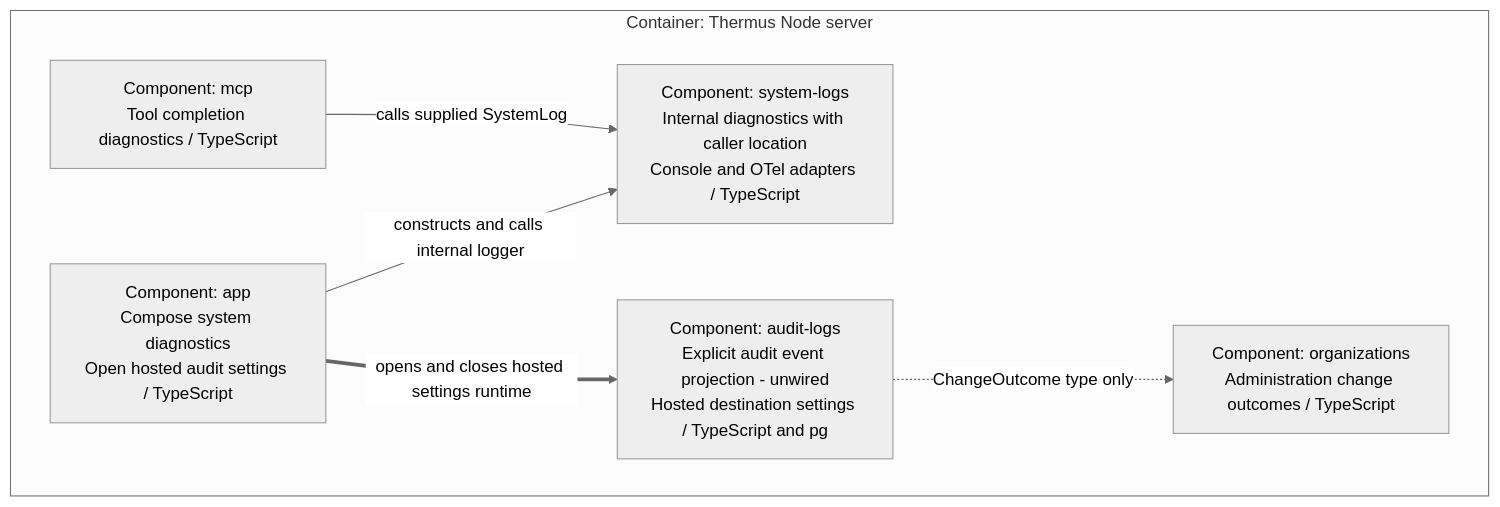
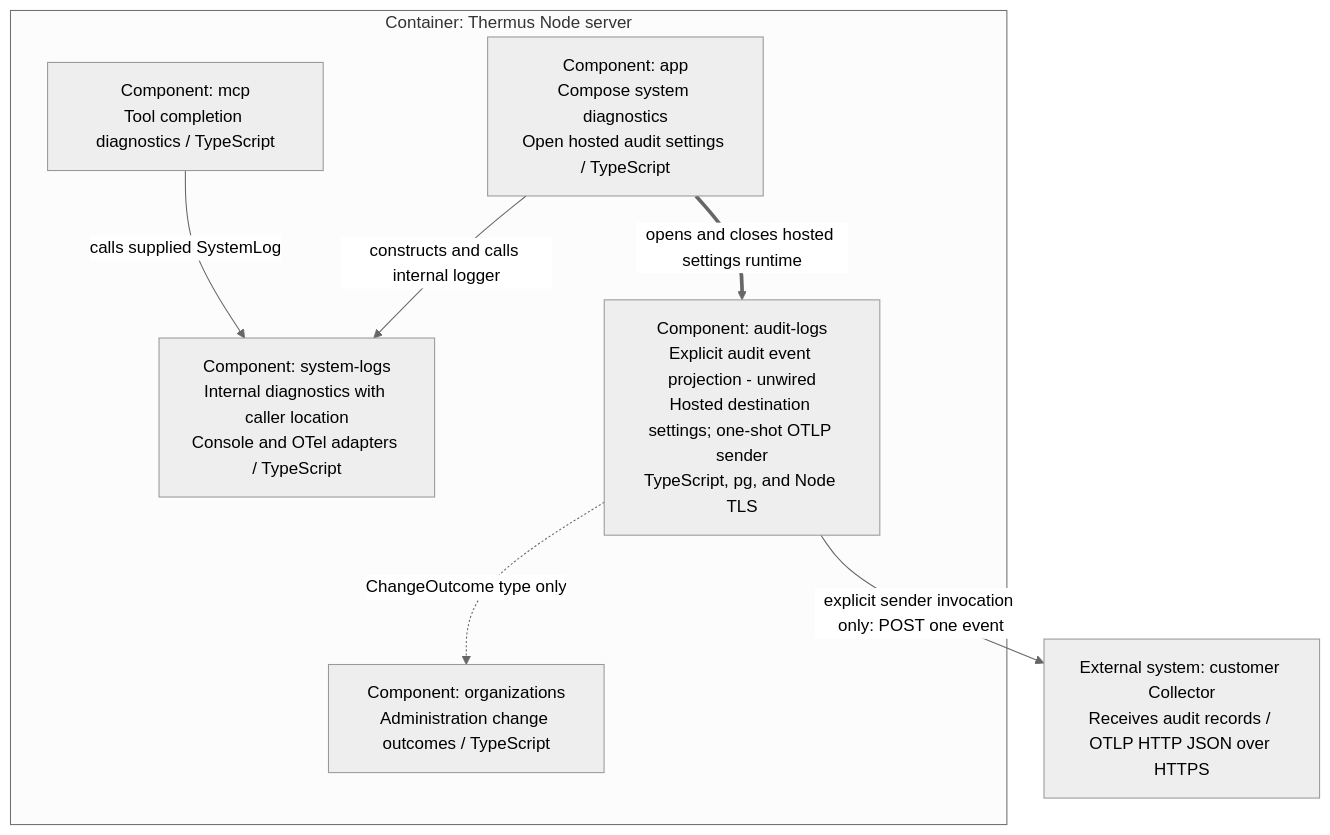
Before and after one commit to tomer-mayara/Thermus: the seventh of 13 diagrams in architecture/components.md, drawn with Mermaid (neutral theme). The commit also changed other lines of this file and 27 other files, not shown here.

First line of the commit message:
Add bounded customer Audit OTLP sender

````diff
--- a/architecture/components.md
+++ b/architecture/components.md
@@ -277,14 +278,16 @@
 ```mermaid
 flowchart TB
   subgraph logs_server["Container: Thermus Node server"]
     logs_app["Component: app<br/>Compose system diagnostics<br/>Open hosted audit settings / TypeScript"]
     logs_mcp["Component: mcp<br/>Tool completion diagnostics / TypeScript"]
     logs_system["Component: system-logs<br/>Internal diagnostics with caller location<br/>Console and OTel adapters / TypeScript"]
-    logs_audit["Component: audit-logs<br/>Explicit audit event projection - unwired<br/>Hosted destination settings / TypeScript and pg"]
+    logs_audit["Component: audit-logs<br/>Explicit audit event projection - unwired<br/>Hosted destination settings; one-shot OTLP sender<br/>TypeScript, pg, and Node TLS"]
     logs_org["Component: organizations<br/>Administration change outcomes / TypeScript"]
   end
+  logs_collector["External system: customer Collector<br/>Receives audit records / OTLP HTTP JSON over HTTPS"]
   logs_app -->|constructs and calls internal logger| logs_system
   logs_mcp -->|calls supplied SystemLog| logs_system
   logs_app ==>|opens and closes hosted settings runtime| logs_audit
   logs_audit -.->|ChangeOutcome type only| logs_org
+  logs_audit -->|explicit sender invocation only: POST one event| logs_collector
 ```
````
